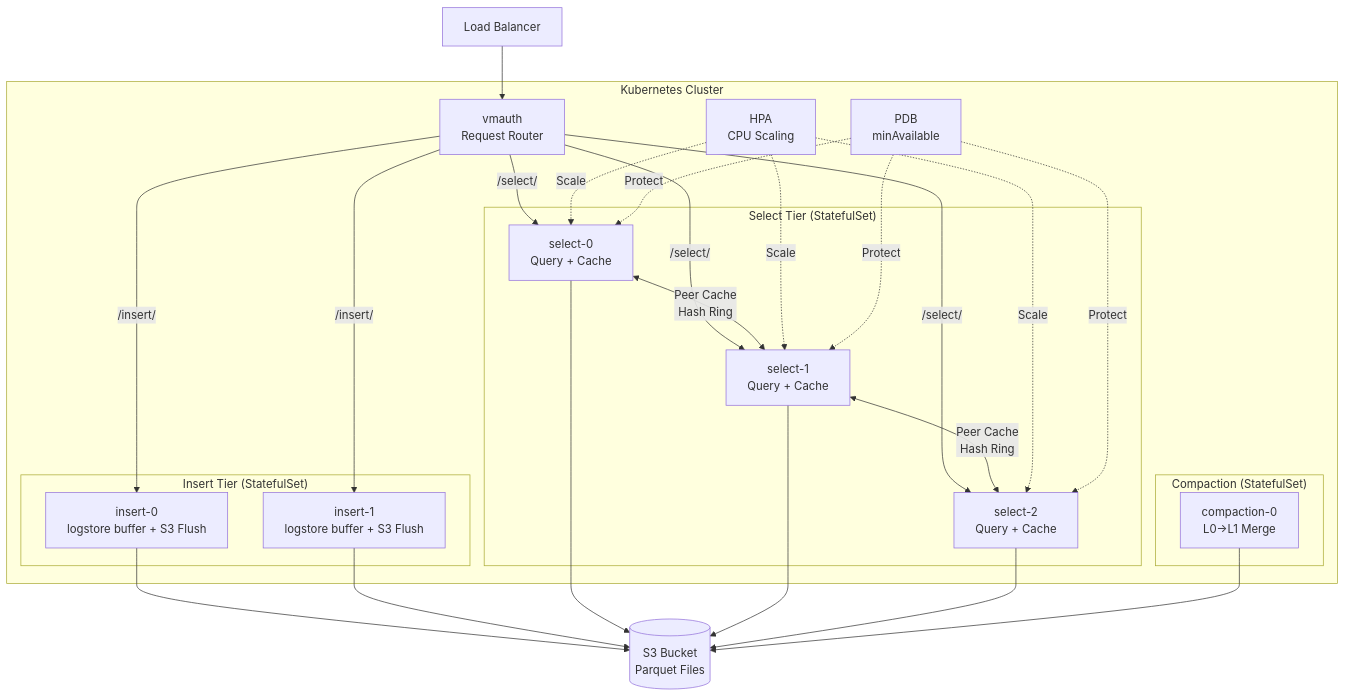
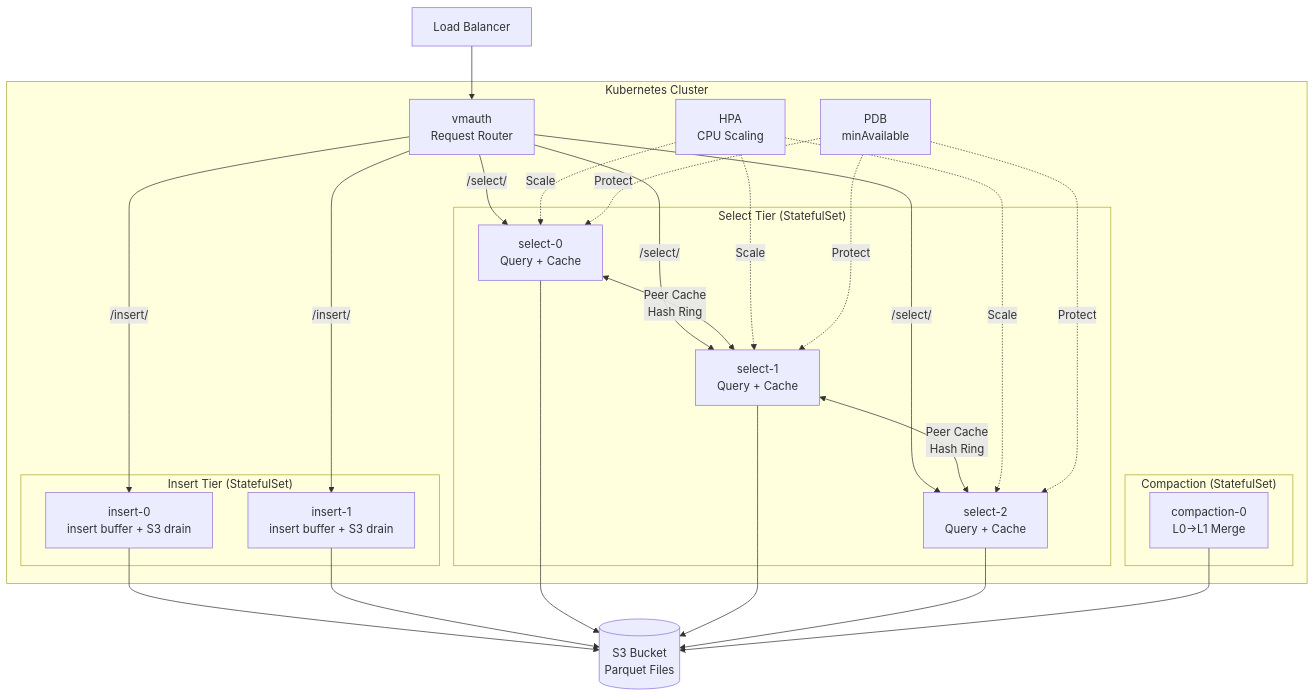
One commit to ReliablyObserve/victoria-lakehouse changed the sixth of 6 diagrams in docs/architecture-overview.md. Above: the diagram before and after it, drawn with Mermaid. The commit also changed other lines of this file and 34 other files, not shown here.

Commit message:
docs(durability): describe the segmented durable insert buffer and update the docs that referred to the staging engine, WAL cutover and read watermark

````diff
--- a/docs/architecture-overview.md
+++ b/docs/architecture-overview.md
@@ -243,37 +243,37 @@
 ```mermaid
 graph TB
     subgraph "Kubernetes Cluster"
         subgraph "Insert Tier (StatefulSet)"
-            I1[insert-0<br/>logstore buffer + S3 Flush]
-            I2[insert-1<br/>logstore buffer + S3 Flush]
+            I1[insert-0<br/>insert buffer + S3 drain]
+            I2[insert-1<br/>insert buffer + S3 drain]
         end
 
         subgraph "Select Tier (StatefulSet)"
             S1[select-0<br/>Query + Cache]
             S2[select-1<br/>Query + Cache]
             S3S[select-2<br/>Query + Cache]
         end
 
         subgraph "Compaction (StatefulSet)"
             C1[compaction-0<br/>L0→L1 Merge]
         end
 
         VMAUTH[vmauth<br/>Request Router]
         HPA1[HPA<br/>CPU Scaling]
         PDB1[PDB<br/>minAvailable]
     end
 
     LB[Load Balancer] --> VMAUTH
     VMAUTH -->|/insert/| I1 & I2
     VMAUTH -->|/select/| S1 & S2 & S3S
 
     S1 <-->|Peer Cache<br/>Hash Ring| S2
     S2 <-->|Peer Cache<br/>Hash Ring| S3S
 
     I1 & I2 --> S3B[(S3 Bucket<br/>Parquet Files)]
     S1 & S2 & S3S --> S3B
     C1 --> S3B
 
     HPA1 -.->|Scale| S1 & S2 & S3S
     PDB1 -.->|Protect| S1 & S2 & S3S
 ```
````
